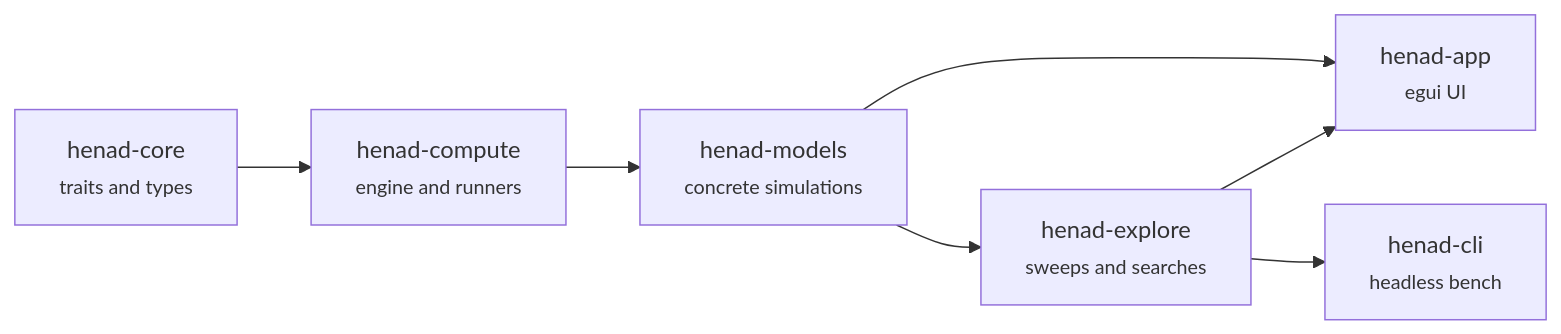
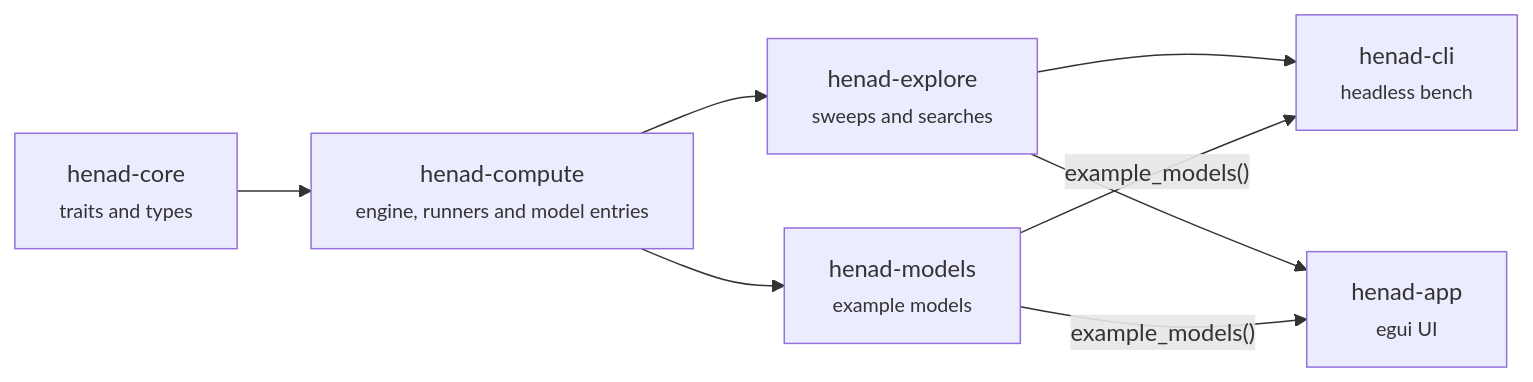
One commit to micfong-z/henad changed the diagram in docs/developing/architecture.md. Above: the diagram before and after it, drawn with Mermaid. The commit also changed other lines of this file and 78 other files, not shown here.

````diff
--- a/docs/developing/architecture.md
+++ b/docs/developing/architecture.md
@@ -11,9 +13,10 @@
 ```mermaid
 graph LR
-  core["henad-core<br/><small>traits and types</small>"] --> compute["henad-compute<br/><small>engine and runners</small>"]
-  compute --> models["henad-models<br/><small>concrete simulations</small>"]
-  models --> app["henad-app<br/><small>egui UI</small>"]
-  models --> explore["henad-explore<br/><small>sweeps and searches</small>"]
+  core["henad-core<br/><small>traits and types</small>"] --> compute["henad-compute<br/><small>engine, runners and model entries</small>"]
+  compute --> models["henad-models<br/><small>example models</small>"]
+  compute --> explore["henad-explore<br/><small>sweeps and searches</small>"]
   explore --> cli["henad-cli<br/><small>headless bench</small>"]
-  explore --> app
+  explore --> app["henad-app<br/><small>egui UI</small>"]
+  models -- "example_models()" --> cli
+  models -- "example_models()" --> app
 ```
````
